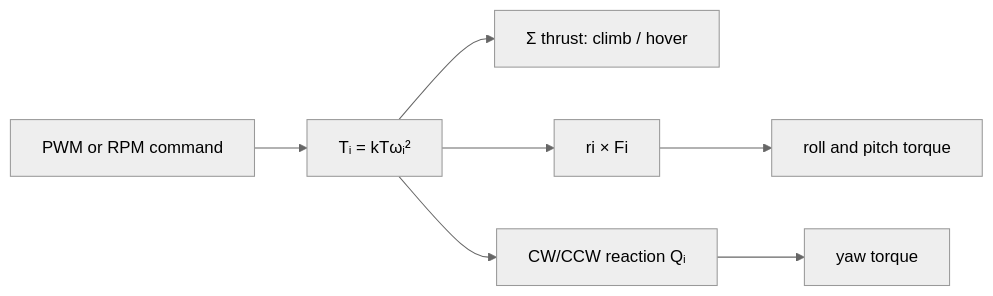
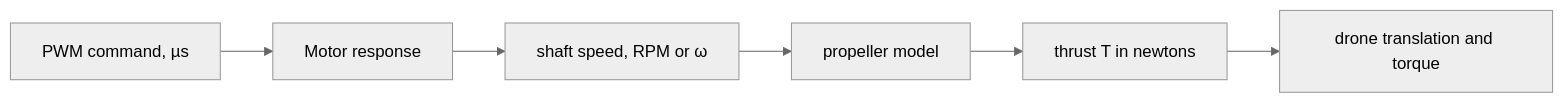
Before and after one commit to amire2000/drone-physics-and-simulation-course: the diagram in docs/modules/03-propeller-aerodynamics/index.md, drawn with Mermaid (neutral theme). The commit also changed other lines of this file and 10 other files, not shown here.

````diff
--- a/docs/modules/03-propeller-aerodynamics/index.md
+++ b/docs/modules/03-propeller-aerodynamics/index.md
@@ -38,9 +82,8 @@
 ```mermaid
 flowchart LR
-    pwm[PWM or RPM command] --> rotor[Tᵢ = kTωᵢ²]
-    rotor --> collective[Σ thrust: climb / hover]
-    rotor --> lever[ri × Fi]
-    lever --> attitude[roll and pitch torque]
-    rotor --> reaction[CW/CCW reaction Qᵢ]
-    reaction --> yaw[yaw torque]
+    pwm[PWM command, µs] --> motor[Motor response]
+    motor --> rpm[shaft speed, RPM or ω]
+    rpm --> prop[propeller model]
+    prop --> thrust[thrust T in newtons]
+    thrust --> body[drone translation and torque]
 ```
````
